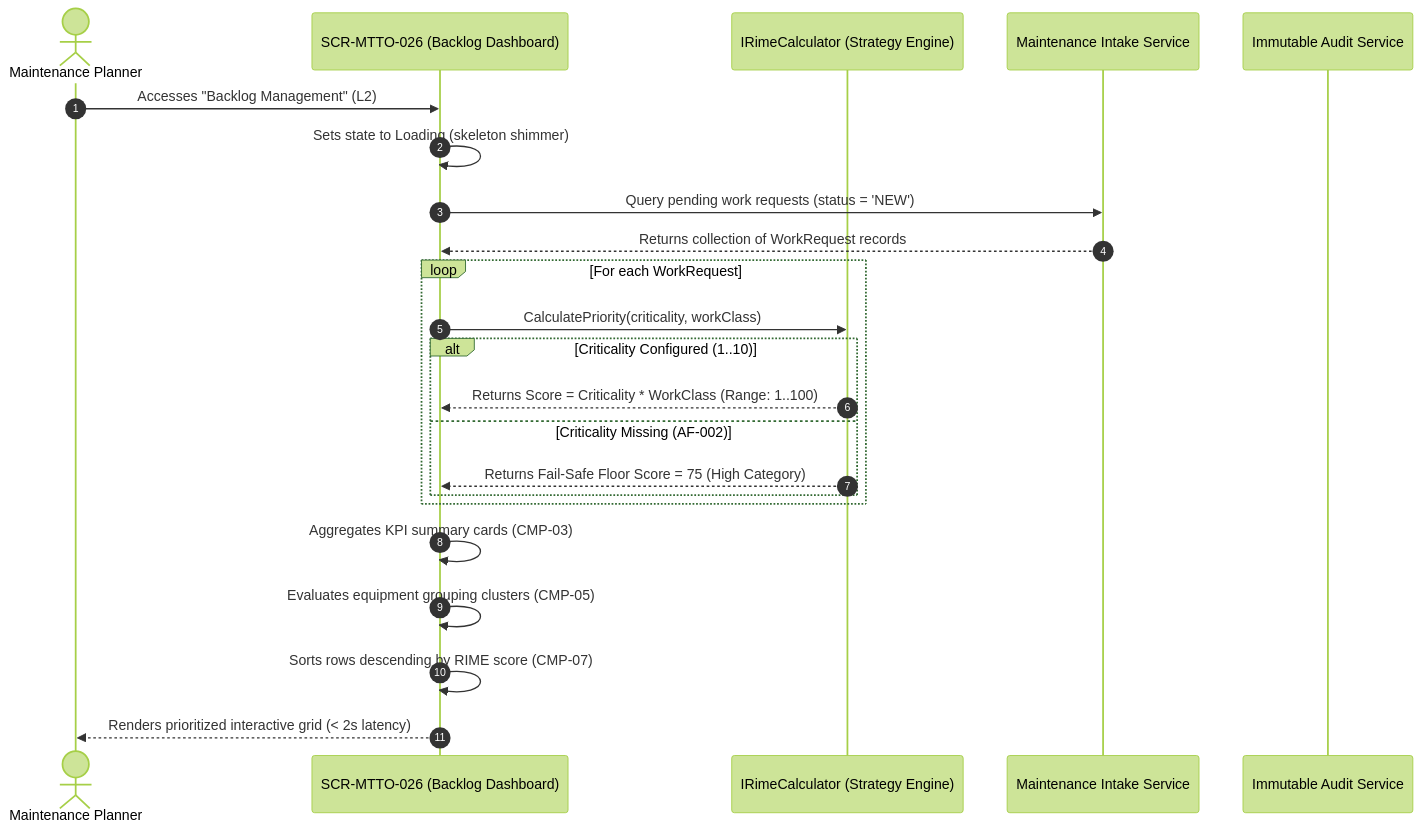
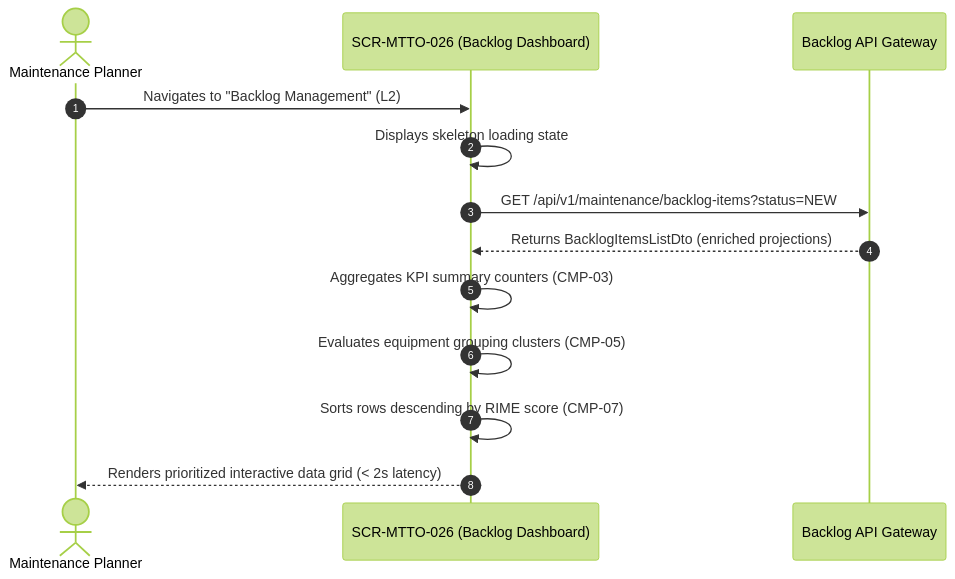
The first of 2 diagrams in ui-ux/screens/mtto/SCR-MTTO-026.md (Novav20/adso-dteam-docs), drawn with Mermaid (forest theme) before and after one commit. The commit also changed other lines of this file, not shown here.

Commit message:
fix(screen-spec): remediate SCR-MTTO-026 to 100% compliant and promote to Stable

````diff
--- a/ui-ux/screens/mtto/SCR-MTTO-026.md
+++ b/ui-ux/screens/mtto/SCR-MTTO-026.md
@@ -84,26 +84,16 @@
 ```mermaid
 sequenceDiagram
     autonumber
     actor Planner as Maintenance Planner
     participant UI as SCR-MTTO-026 (Backlog Dashboard)
-    participant Calc as IRimeCalculator (Strategy Engine)
-    participant MTTO as Maintenance Intake Service
-    participant AUD as Immutable Audit Service
+    participant API as Backlog API Gateway
 
-    Planner->>UI: Accesses "Backlog Management" (L2)
-    UI->>UI: Sets state to Loading (skeleton shimmer)
-    UI->>MTTO: Query pending work requests (status = 'NEW')
-    MTTO-->>UI: Returns collection of WorkRequest records
-    loop For each WorkRequest
-        UI->>Calc: CalculatePriority(criticality, workClass)
-        alt Criticality Configured (1..10)
-            Calc-->>UI: Returns Score = Criticality * WorkClass (Range: 1..100)
-        else Criticality Missing (AF-002)
-            Calc-->>UI: Returns Fail-Safe Floor Score = 75 (High Category)
-        end
-    end
-    UI->>UI: Aggregates KPI summary cards (CMP-03)
+    Planner->>UI: Navigates to "Backlog Management" (L2)
+    UI->>UI: Displays skeleton loading state
+    UI->>API: GET /api/v1/maintenance/backlog-items?status=NEW
+    API-->>UI: Returns BacklogItemsListDto (enriched projections)
+    UI->>UI: Aggregates KPI summary counters (CMP-03)
     UI->>UI: Evaluates equipment grouping clusters (CMP-05)
     UI->>UI: Sorts rows descending by RIME score (CMP-07)
-    UI-->>Planner: Renders prioritized interactive grid (< 2s latency)
+    UI-->>Planner: Renders prioritized interactive data grid (< 2s latency)
 ```
````
